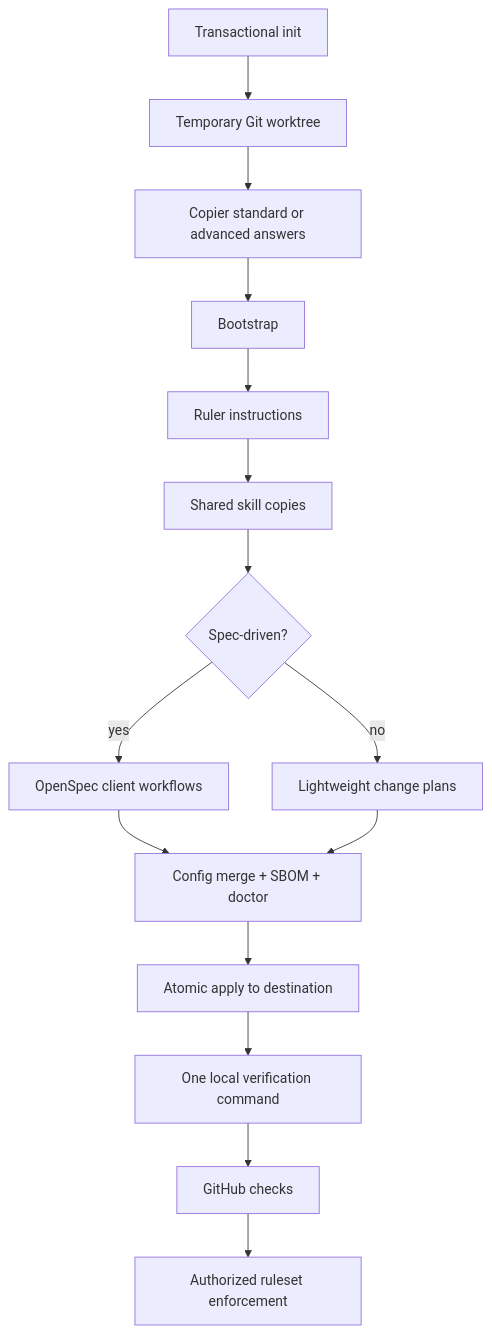
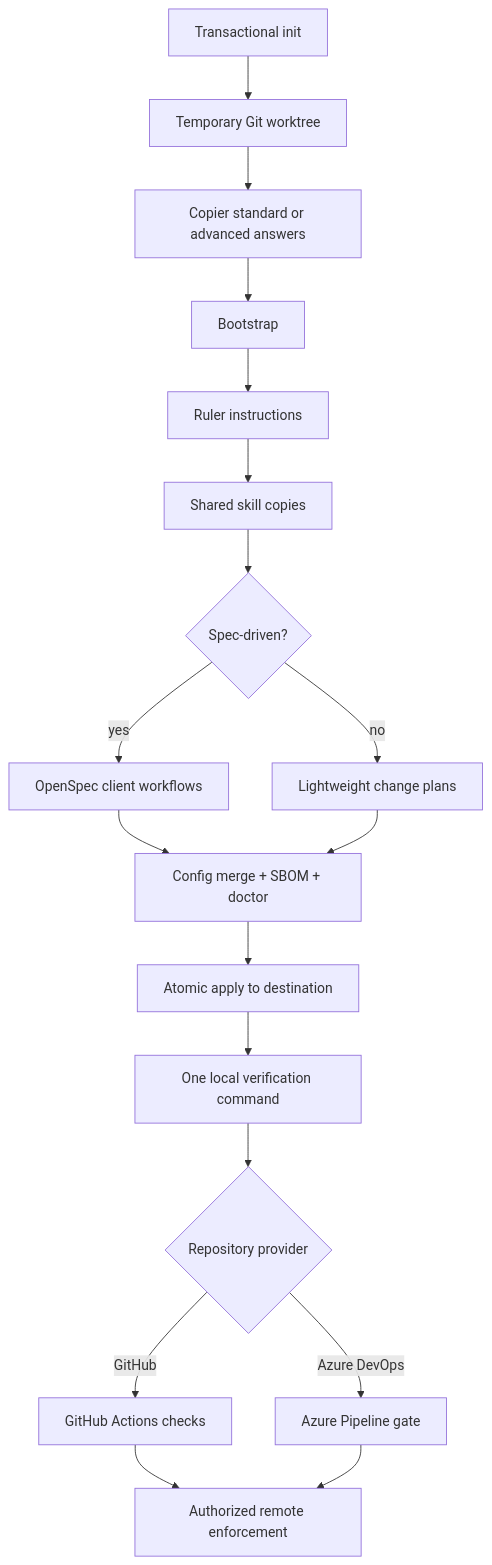
One commit to landphieran/agent-standard changed the diagram in docs/architecture.md. Above: the diagram before and after it, drawn with Mermaid. The commit also changed other lines of this file and 59 other files, not shown here.

Commit message:
feat: add Azure DevOps provider adapter

````diff
--- a/docs/architecture.md
+++ b/docs/architecture.md
@@ -5,17 +5,20 @@
 ```mermaid
 flowchart TD
   I[Transactional init] --> W[Temporary Git worktree]
   W --> C[Copier standard or advanced answers]
   C --> B[Bootstrap]
   B --> R[Ruler instructions]
   R --> K[Shared skill copies]
   K --> O{Spec-driven?}
   O -->|yes| P[OpenSpec client workflows]
   O -->|no| L[Lightweight change plans]
   P --> M[Config merge + SBOM + doctor]
   L --> M
   M --> A[Atomic apply to destination]
   A --> V[One local verification command]
-  V --> G[GitHub checks]
-  G --> E[Authorized ruleset enforcement]
+  V --> H{Repository provider}
+  H -->|GitHub| G[GitHub Actions checks]
+  H -->|Azure DevOps| Z[Azure Pipeline gate]
+  G --> E[Authorized remote enforcement]
+  Z --> E
 ```
````
